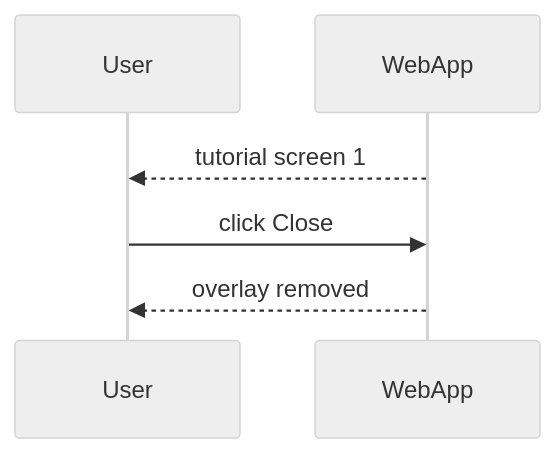
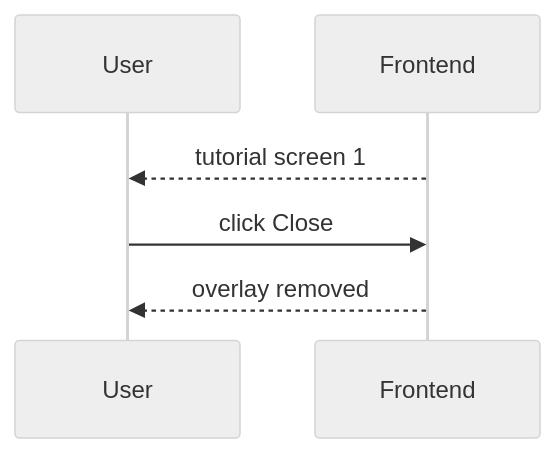
The eighth of 19 diagrams in documentation/docs/system-architecture/use-case-sequences.md (Capstone-Projects-2025-Spring/aac-go-fish), drawn with Mermaid (neutral theme) before and after one commit. The commit also changed other lines of this file and 2 other files, not shown here.

````diff
--- a/documentation/docs/system-architecture/use-case-sequences.md
+++ b/documentation/docs/system-architecture/use-case-sequences.md
@@ -140,9 +140,9 @@
 ```mermaid
 sequenceDiagram
     participant User
-    participant WebApp
+    participant Frontend
 
-    WebApp-->>User: tutorial screen 1
-    User->>WebApp: click Close
-    WebApp-->>User: overlay removed
+    Frontend-->>User: tutorial screen 1
+    User->>Frontend: click Close
+    Frontend-->>User: overlay removed
 ```
````
